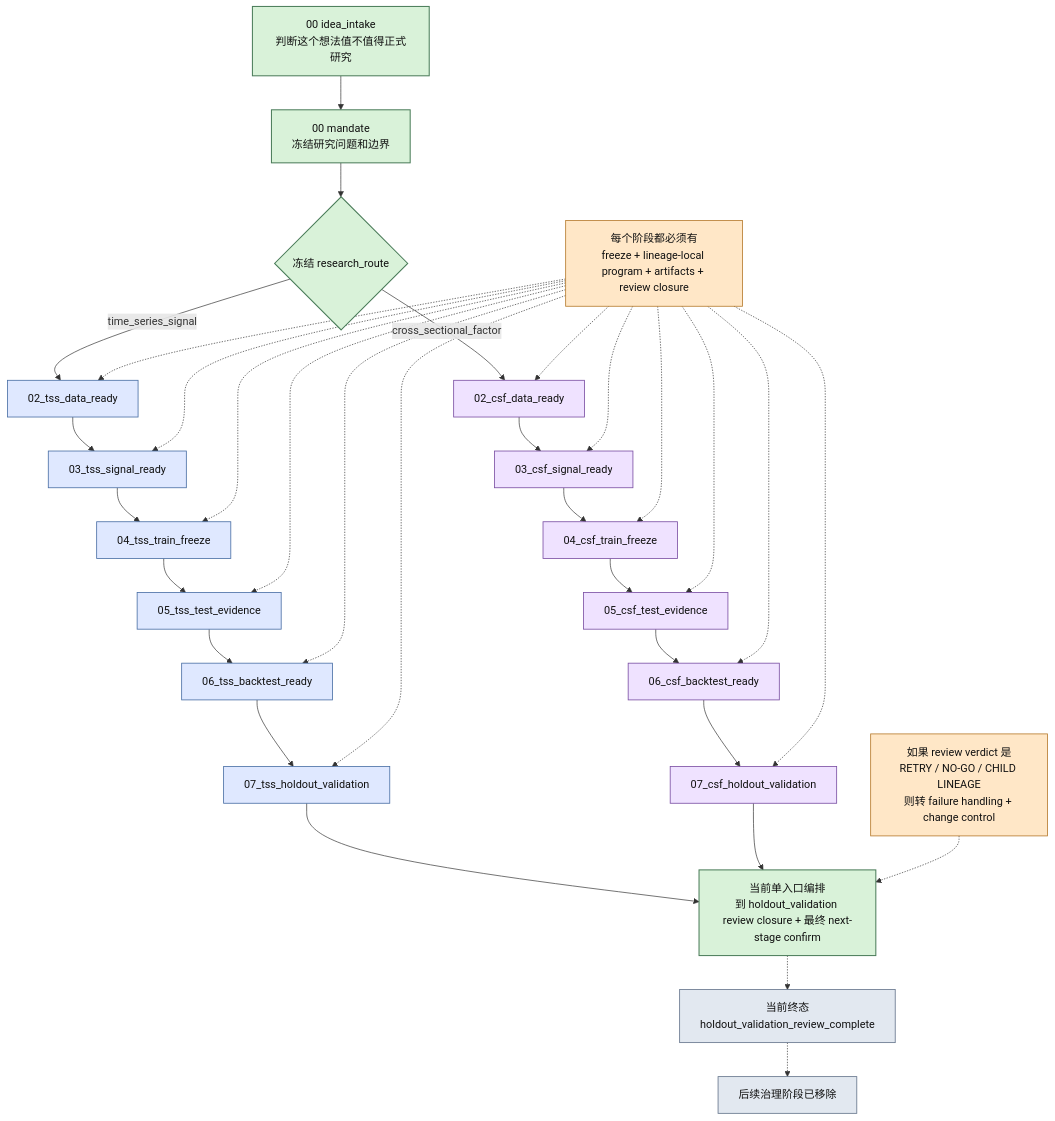
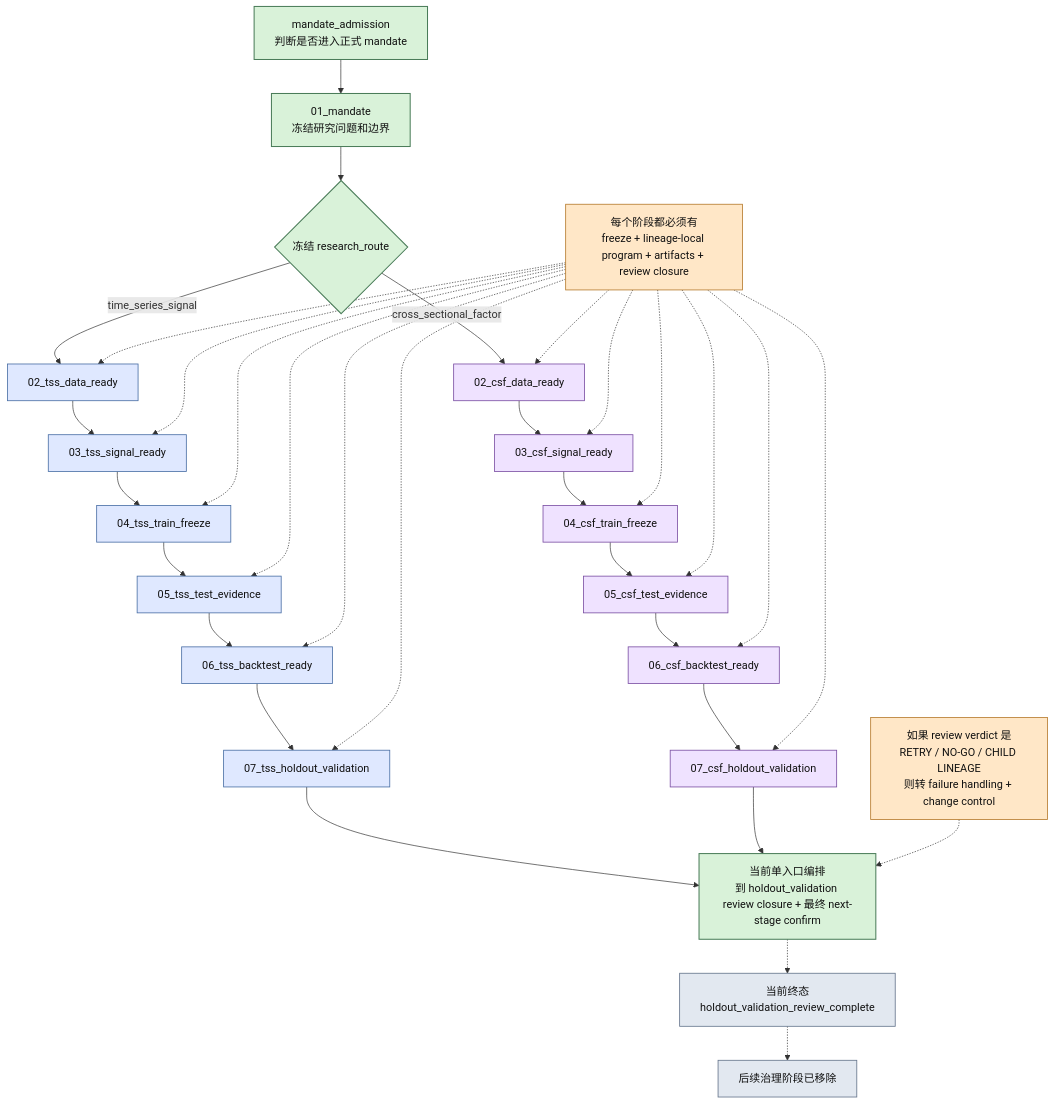
Before and after one commit to web3qt/quant-research-os: the second of 2 diagrams in docs/visuals/README.md, drawn with Mermaid. The commit also changed other lines of this file and 49 other files, not shown here.

Commit message:
Align docs with mandate admission flow

````diff
--- a/docs/visuals/README.md
+++ b/docs/visuals/README.md
@@ -78,51 +78,51 @@
 ```mermaid
 flowchart TB
-    A["00 idea_intake<br/>判断这个想法值不值得正式研究"] --> B["00 mandate<br/>冻结研究问题和边界"]
+    A["mandate_admission<br/>判断是否进入正式 mandate"] --> B["01_mandate<br/>冻结研究问题和边界"]
     B --> C{"冻结 research_route"}
 
     C -->|time_series_signal| D["02_tss_data_ready"]
     D --> E["03_tss_signal_ready"]
     E --> F["04_tss_train_freeze"]
     F --> G["05_tss_test_evidence"]
     G --> H["06_tss_backtest_ready"]
     H --> I["07_tss_holdout_validation"]
 
     C -->|cross_sectional_factor| J["02_csf_data_ready"]
     J --> K["03_csf_signal_ready"]
     K --> L["04_csf_train_freeze"]
     L --> M["05_csf_test_evidence"]
     M --> N["06_csf_backtest_ready"]
     N --> O["07_csf_holdout_validation"]
 
     I --> P["当前单入口编排<br/>到 holdout_validation review closure + 最终 next-stage confirm"]
     O --> P
     P -.-> Q["当前终态<br/>holdout_validation_review_complete"]
     Q -.-> R["后续治理阶段已移除"]
 
     S["每个阶段都必须有<br/>freeze + lineage-local program + artifacts + review closure"] -.-> D
     S -.-> E
     S -.-> F
     S -.-> G
     S -.-> H
     S -.-> I
     S -.-> J
     S -.-> K
     S -.-> L
     S -.-> M
     S -.-> N
     S -.-> O
 
     T["如果 review verdict 是<br/>RETRY / NO-GO / CHILD LINEAGE<br/>则转 failure handling + change control"] -.-> P
 
     classDef main fill:#d9f2d9,stroke:#4a7c59,stroke-width:1.5px,color:#111;
     classDef ts fill:#dfe8ff,stroke:#4a6fa5,stroke-width:1.2px,color:#111;
     classDef csf fill:#efe2ff,stroke:#7a4fa3,stroke-width:1.2px,color:#111;
     classDef gov fill:#ffe7c7,stroke:#b67b2d,stroke-width:1.2px,color:#111;
     classDef future fill:#e2e8f0,stroke:#64748b,stroke-width:1.2px,color:#111;
 
     class A,B,C,P main;
     class D,E,F,G,H,I ts;
     class J,K,L,M,N,O csf;
     class S,T gov;
     class Q,R future;
 ```
````
